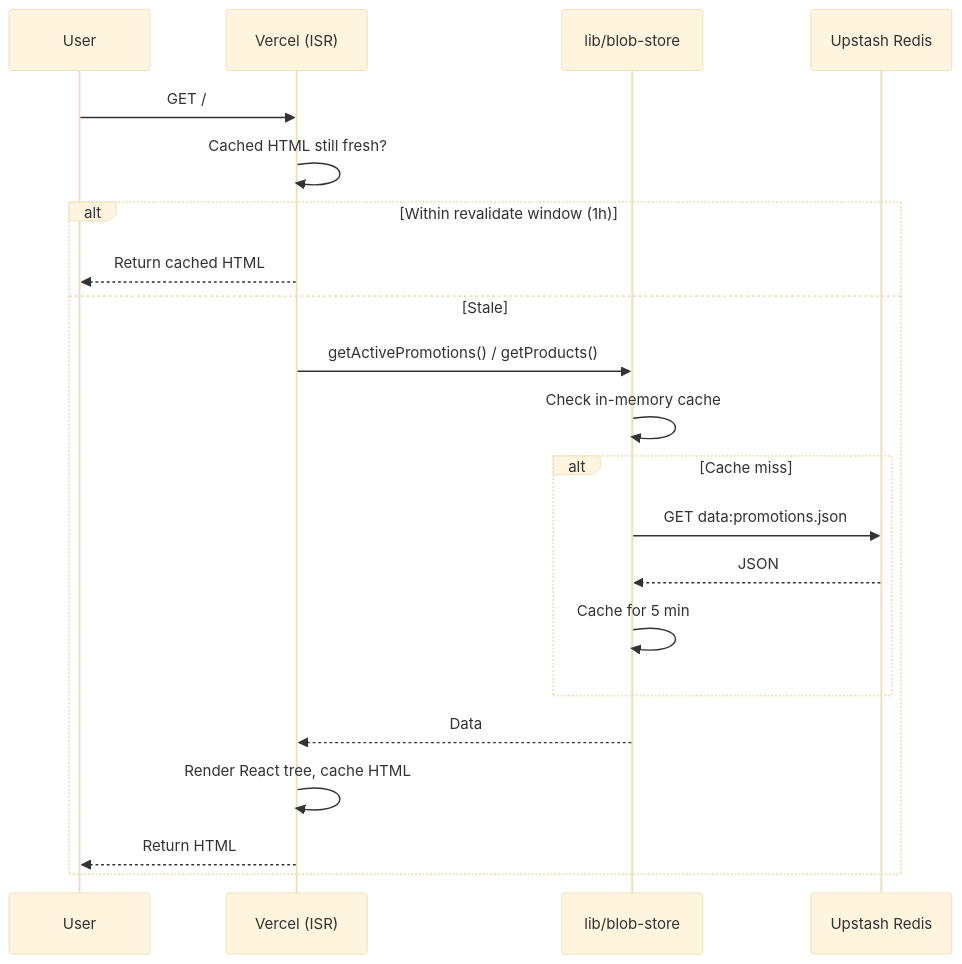
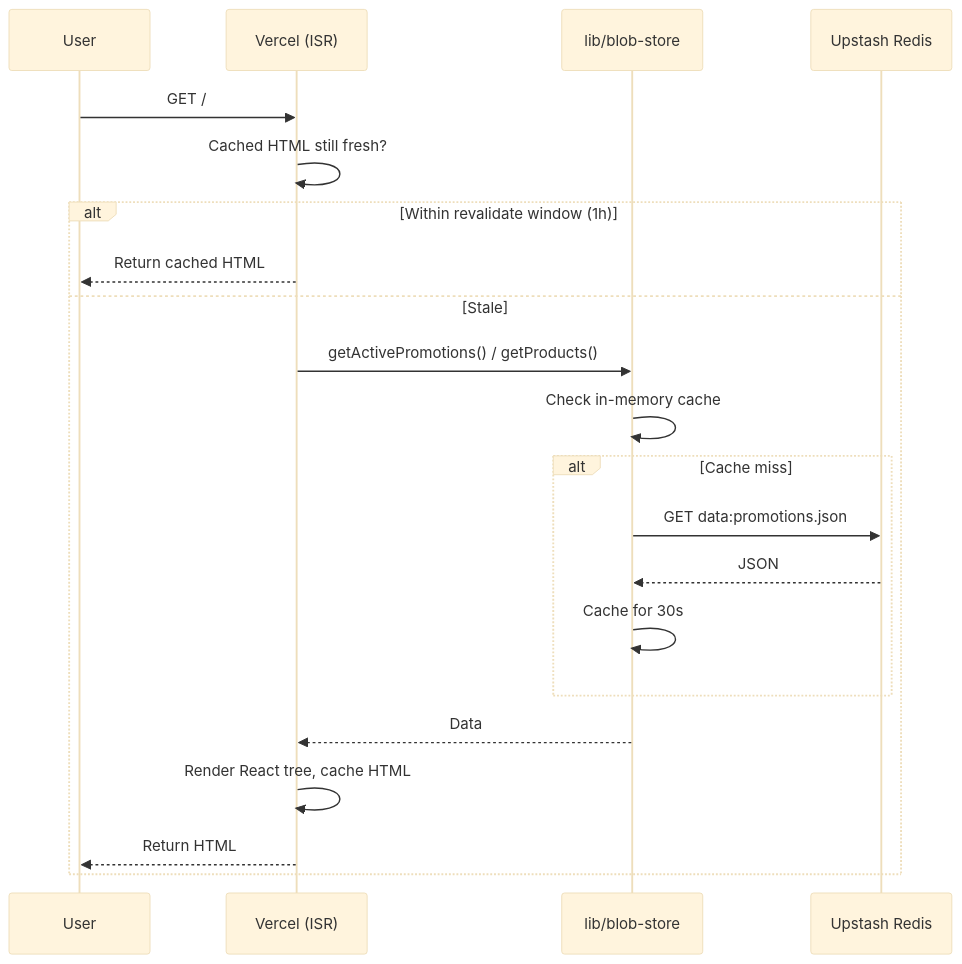
One commit to iarcanar/31panich-web changed the second of 5 diagrams in docs/architecture.md. Above: the diagram before and after it, drawn with Mermaid (base theme). The commit also changed other lines of this file and 5 other files, not shown here.

````diff
--- a/docs/architecture.md
+++ b/docs/architecture.md
@@ -48,24 +48,24 @@
 ```mermaid
 sequenceDiagram
   participant U as User
   participant V as Vercel (ISR)
   participant L as lib/blob-store
   participant R as Upstash Redis
 
   U->>V: GET /
   V->>V: Cached HTML still fresh?
   alt Within revalidate window (1h)
     V-->>U: Return cached HTML
   else Stale
     V->>L: getActivePromotions() / getProducts()
     L->>L: Check in-memory cache
     alt Cache miss
       L->>R: GET data:promotions.json
       R-->>L: JSON
-      L->>L: Cache for 5 min
+      L->>L: Cache for 30s
     end
     L-->>V: Data
     V->>V: Render React tree, cache HTML
     V-->>U: Return HTML
   end
 ```
````
